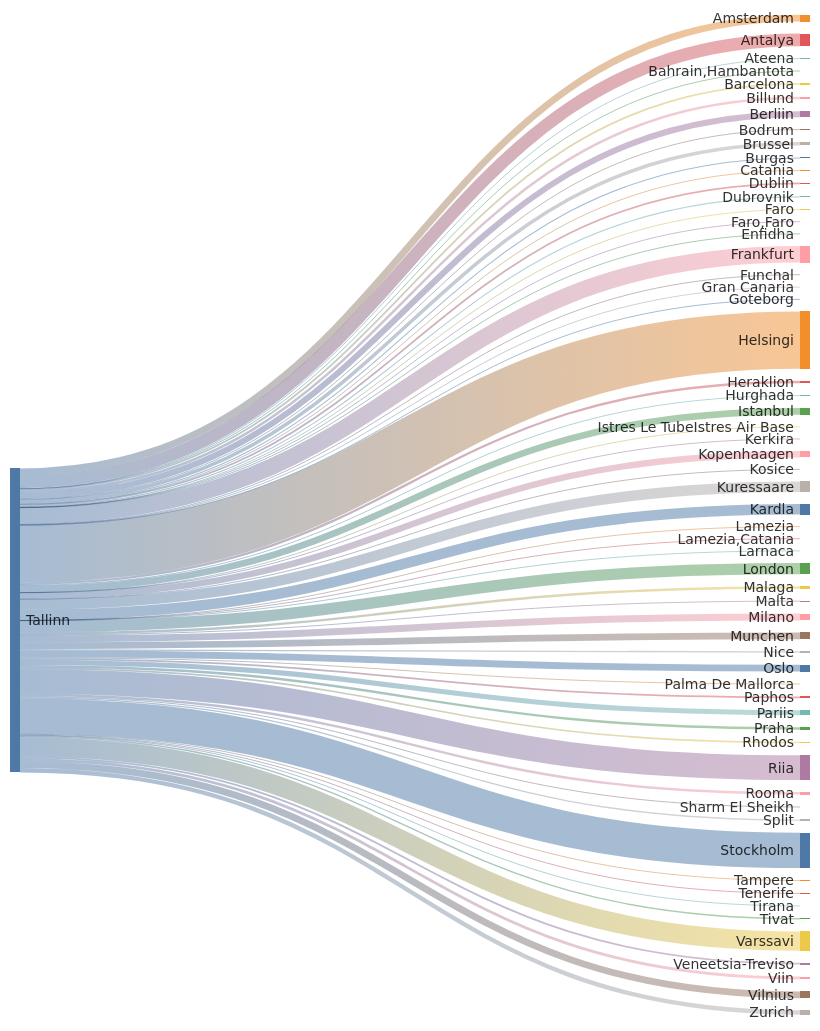
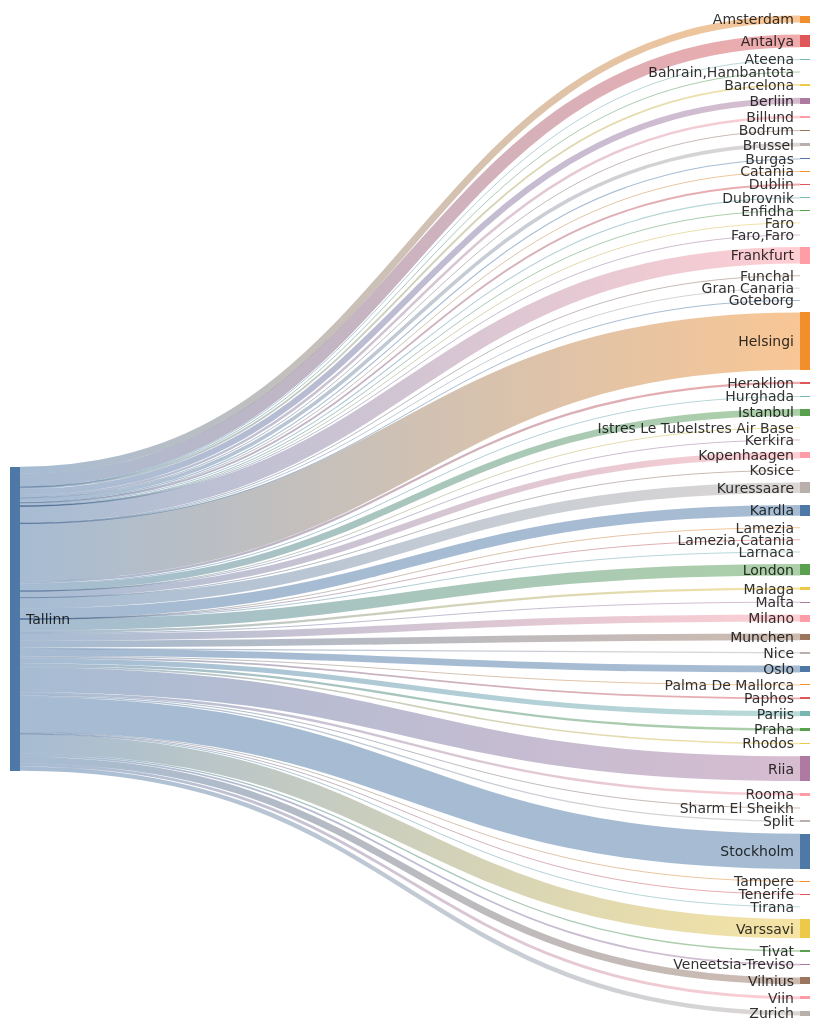
The second of 2 diagrams in README.md (rainermesi/tll-airport-departures), drawn with Mermaid before and after one commit. The commit also changed other lines of this file, not shown here.

````diff
--- a/README.md
+++ b/README.md
@@ -34,72 +34,72 @@
 ```mermaid
 ---
 config:
   sankey:
     showValues: false
     width: 800
     height: 1000
 ---
 sankey-beta
 %% source,target,value
-Tallinn,Amsterdam,137
-Tallinn,Antalya,249
+Tallinn,Amsterdam,139
+Tallinn,Antalya,250
 Tallinn,Ateena,16
 Tallinn,"Bahrain,Hambantota",1
 Tallinn,Barcelona,36
-Tallinn,Berliin,119
+Tallinn,Berliin,120
 Tallinn,Billund,49
 Tallinn,Bodrum,11
-Tallinn,Brussel,70
+Tallinn,Brussel,71
 Tallinn,Burgas,21
 Tallinn,Catania,2
-Tallinn,Dublin,35
+Tallinn,Dublin,36
 Tallinn,Dubrovnik,21
 Tallinn,Enfidha,7
 Tallinn,Faro,4
 Tallinn,"Faro,Faro",1
-Tallinn,Frankfurt,327
+Tallinn,Frankfurt,330
 Tallinn,Funchal,5
 Tallinn,Gran Canaria,11
 Tallinn,Goteborg,1
-Tallinn,Helsingi,1134
+Tallinn,Helsingi,1142
 Tallinn,Heraklion,46
 Tallinn,Hurghada,17
-Tallinn,Istanbul,133
+Tallinn,Istanbul,135
 Tallinn,Istres Le TubeIstres Air Base,2
 Tallinn,Kerkira,4
-Tallinn,Kopenhaagen,126
+Tallinn,Kopenhaagen,127
 Tallinn,Kosice,1
-Tallinn,Kuressaare,209
-Tallinn,Kardla,209
+Tallinn,Kuressaare,211
+Tallinn,Kardla,211
 Tallinn,Lamezia,1
 Tallinn,"Lamezia,Catania",3
 Tallinn,Larnaca,4
-Tallinn,London,225
+Tallinn,London,226
 Tallinn,Malaga,47
 Tallinn,Malta,15
-Tallinn,Milano,138
+Tallinn,Milano,139
 Tallinn,Munchen,136
 Tallinn,Nice,25
-Tallinn,Oslo,136
+Tallinn,Oslo,137
 Tallinn,Palma De Mallorca,19
-Tallinn,Paphos,34
-Tallinn,Pariis,100
+Tallinn,Paphos,35
+Tallinn,Pariis,101
 Tallinn,Praha,49
 Tallinn,Rhodos,32
-Tallinn,Riia,489
+Tallinn,Riia,493
 Tallinn,Rooma,48
 Tallinn,Sharm El Sheikh,19
 Tallinn,Split,25
-Tallinn,Stockholm,699
+Tallinn,Stockholm,702
 Tallinn,Tampere,17
-Tallinn,Tenerife,15
+Tallinn,Tenerife,16
 Tallinn,Tirana,8
 Tallinn,Tivat,26
-Tallinn,Varssavi,382
+Tallinn,Varssavi,385
 Tallinn,Veneetsia-Treviso,36
-Tallinn,Viin,56
-Tallinn,Vilnius,136
-Tallinn,Zurich,86
+Tallinn,Viin,57
+Tallinn,Vilnius,137
+Tallinn,Zurich,87
 
 
 ```
````
